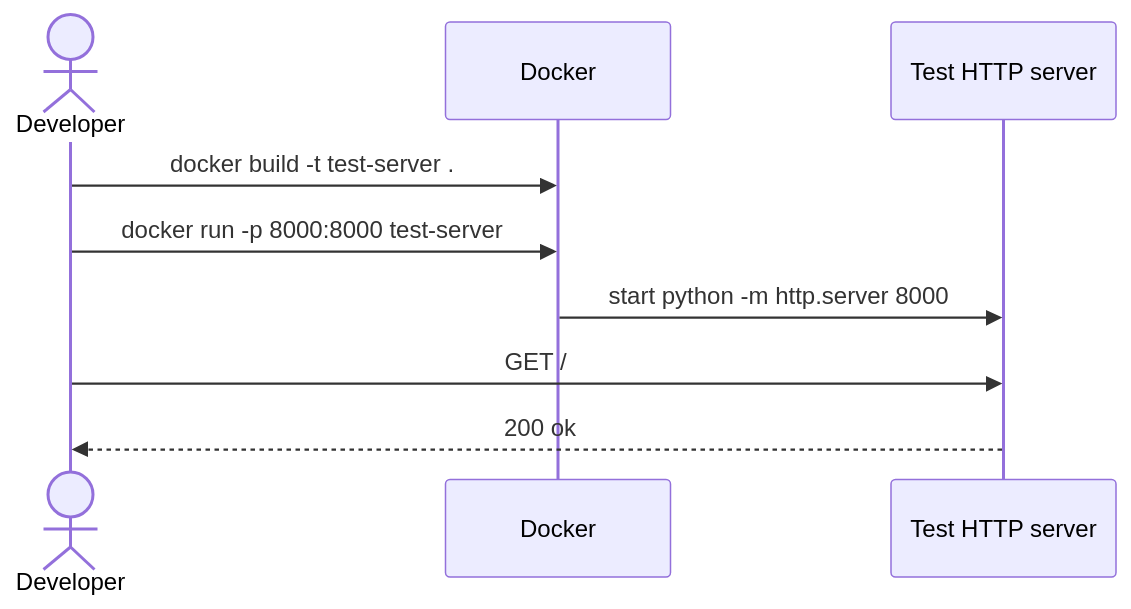
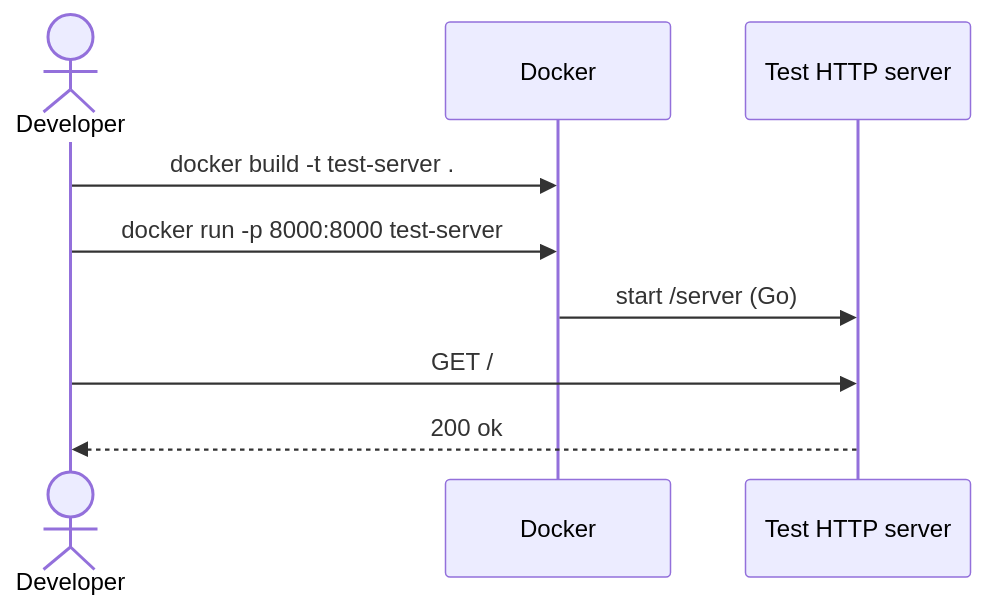
The diagram in docs/features/basic-dockerfile/sequence-diagram.md (MichielVanHerreweghe/ai-orchestration), drawn with Mermaid before and after one commit. The commit also changed 3 other files, not shown here.

````diff
--- a/docs/features/basic-dockerfile/sequence-diagram.md
+++ b/docs/features/basic-dockerfile/sequence-diagram.md
@@ -3,11 +3,11 @@
 ```mermaid
 sequenceDiagram
     actor Dev as Developer
     participant D as Docker
     participant S as Test HTTP server
     Dev->>D: docker build -t test-server .
     Dev->>D: docker run -p 8000:8000 test-server
-    D->>S: start python -m http.server 8000
+    D->>S: start /server (Go)
     Dev->>S: GET /
     S-->>Dev: 200 ok
 ```
````
